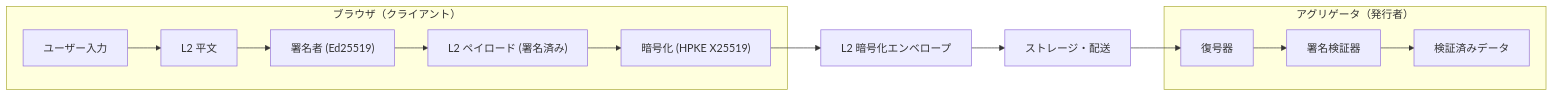
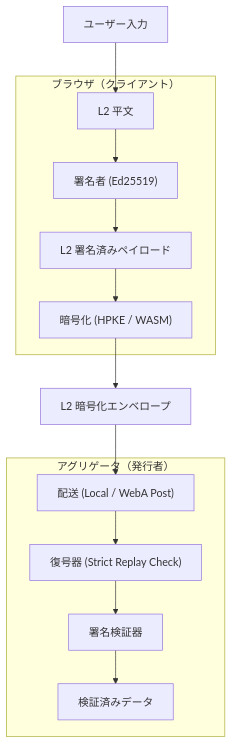
Before and after one commit to masanork/srn: the first of 10 diagrams in sites/srn/content/web-a-tech-presentation.ja.md, drawn with Mermaid. The commit also changed other lines of this file and 10 other files, not shown here.

Commit message:
feat: update Web/A architecture from 3-layer to 4-layer model and add new paper on API vs Document Economy.

````diff
--- a/sites/srn/content/web-a-tech-presentation.ja.md
+++ b/sites/srn/content/web-a-tech-presentation.ja.md
@@ -270,27 +277,20 @@
 ```mermaid
-flowchart LR
+flowchart TD
     User["ユーザー入力"] --> Plain["L2 平文"]
-    Plain --> Sign["署名者 (Ed25519)"]
-    Sign --> Signed["L2 ペイロード (署名済み)"]
-    Signed --> Encrypt["暗号化 (HPKE X25519)"]
+    
+    subgraph browser ["ブラウザ（クライアント）"]
+        Plain --> Sign["署名者 (Ed25519)"]
+        Sign --> Signed["L2 署名済みペイロード"]
+        Signed --> Encrypt["暗号化 (HPKE / WASM)"]
+    end
+    
     Encrypt --> Envelope["L2 暗号化エンベロープ"]
     
-    subgraph browser ["ブラウザ（クライアント）"]
-        User
-        Plain
-        Sign
-        Signed
-        Encrypt
-    end
+    Envelope --> Storage["配送 (Local / WebA Post)"]
     
-    Envelope --> Storage["ストレージ・配送"]
-    Storage --> Decrypt["復号器"]
-    Decrypt --> Verify["署名検証器"]
-    Verify --> Data["検証済みデータ"]
-
     subgraph aggregator ["アグリゲータ（発行者）"]
-        Decrypt
-        Verify
-        Data
+        Storage --> Decrypt["復号器 (Strict Replay Check)"]
+        Decrypt --> Verify["署名検証器"]
+        Verify --> Data["検証済みデータ"]
     end
 ```
````
